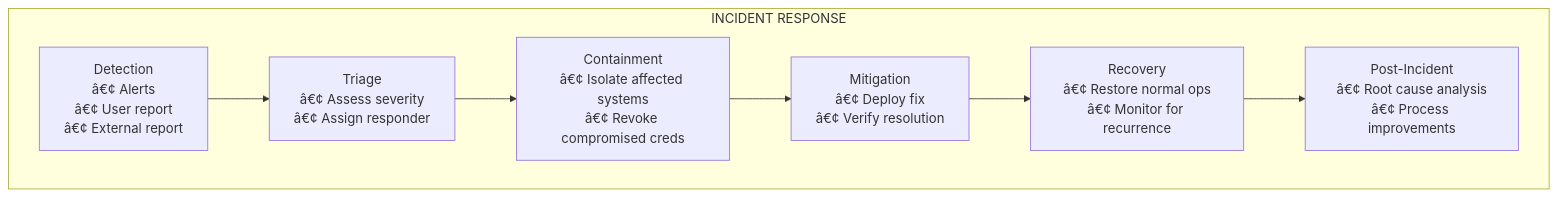
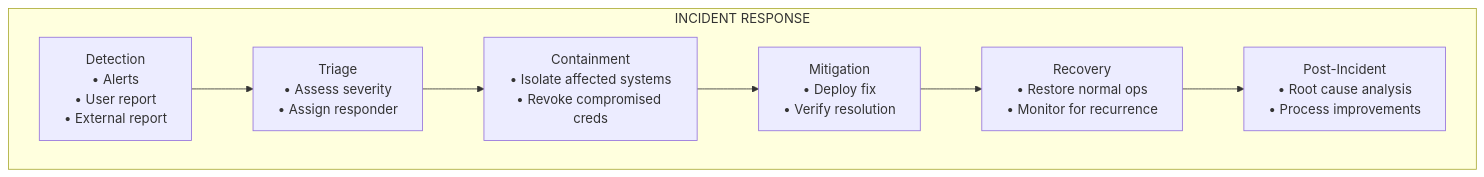
Before and after one commit to ae-lexs/realtime-messaging-platform: diagram 13 of 13 in docs/ADR-013.md, drawn with Mermaid. The commit also changed other lines of this file and 4 other files, not shown here.

````diff
--- a/docs/ADR-013.md
+++ b/docs/ADR-013.md
@@ -1204,17 +1204,17 @@
 ```mermaid
 flowchart TB
     subgraph Response["INCIDENT RESPONSE"]
-        DETECT["Detection<br/>â€¢ Alerts<br/>â€¢ User report<br/>â€¢ External report"]
-        TRIAGE["Triage<br/>â€¢ Assess severity<br/>â€¢ Assign responder"]
-        CONTAIN["Containment<br/>â€¢ Isolate affected systems<br/>â€¢ Revoke compromised creds"]
-        MITIGATE["Mitigation<br/>â€¢ Deploy fix<br/>â€¢ Verify resolution"]
-        RECOVER["Recovery<br/>â€¢ Restore normal ops<br/>â€¢ Monitor for recurrence"]
-        REVIEW["Post-Incident<br/>â€¢ Root cause analysis<br/>â€¢ Process improvements"]
+        DETECT["Detection<br/>• Alerts<br/>• User report<br/>• External report"]
+        TRIAGE["Triage<br/>• Assess severity<br/>• Assign responder"]
+        CONTAIN["Containment<br/>• Isolate affected systems<br/>• Revoke compromised creds"]
+        MITIGATE["Mitigation<br/>• Deploy fix<br/>• Verify resolution"]
+        RECOVER["Recovery<br/>• Restore normal ops<br/>• Monitor for recurrence"]
+        REVIEW["Post-Incident<br/>• Root cause analysis<br/>• Process improvements"]
         
         DETECT --> TRIAGE
         TRIAGE --> CONTAIN
         CONTAIN --> MITIGATE
         MITIGATE --> RECOVER
         RECOVER --> REVIEW
     end
 ```
````
